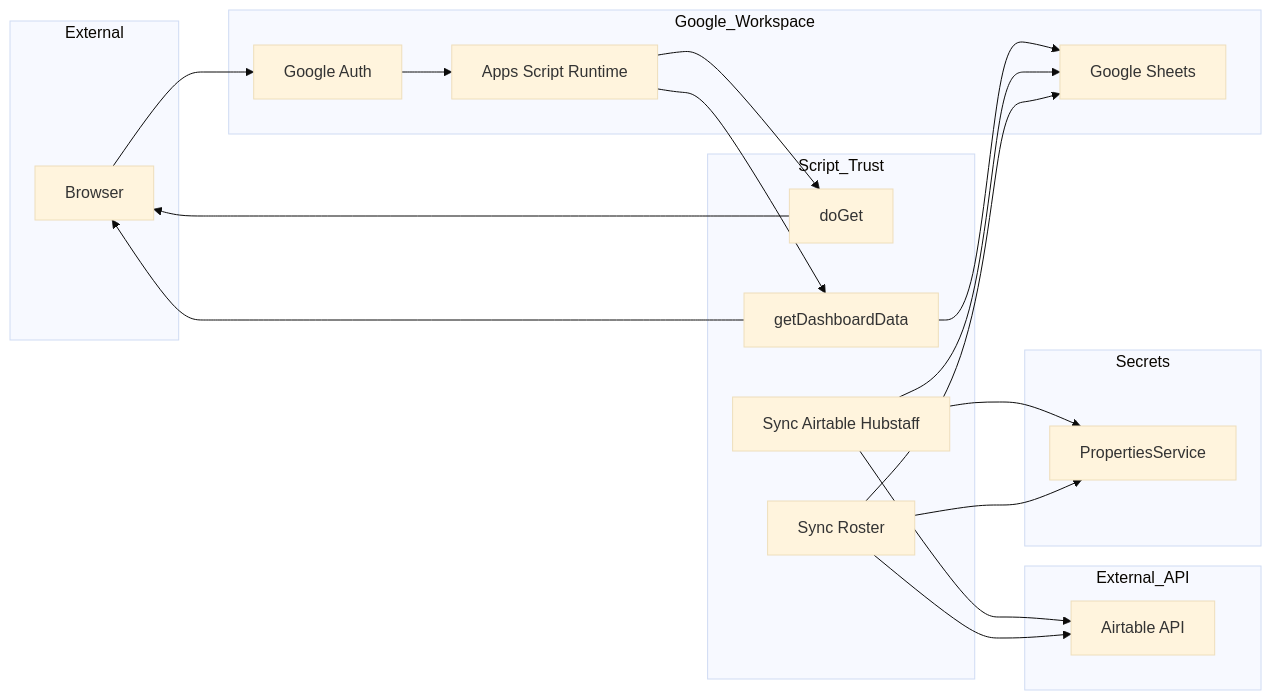
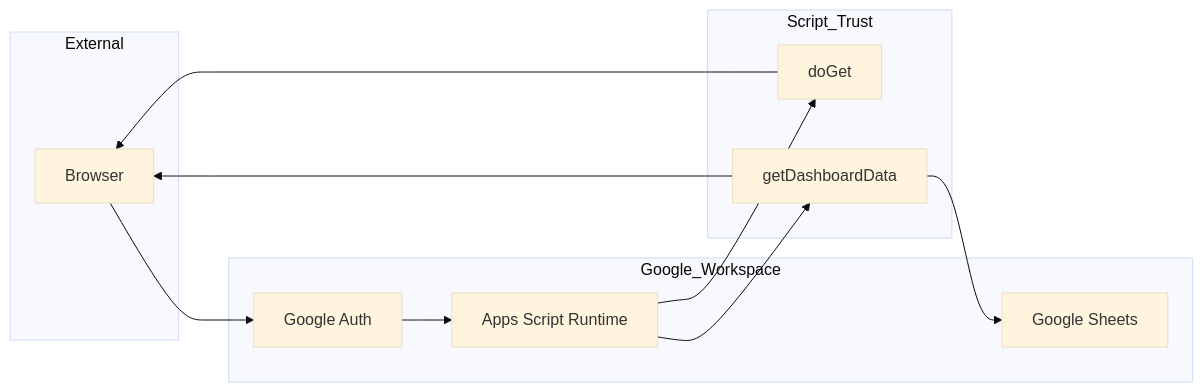
One commit to lydiahuang-dotcom/openai-incentive-dashboard changed the diagram in Security_Review.md. Above: the diagram before and after it, drawn with Mermaid (base theme). The commit also changed other lines of this file and 3 other files, not shown here.

````diff
--- a/Security_Review.md
+++ b/Security_Review.md
@@ -60,41 +57,25 @@
 ```mermaid
 flowchart LR
   subgraph External
     Browser[Browser]
   end
 
   subgraph Google_Workspace
     GAuth[Google Auth]
     GAS[Apps Script Runtime]
     Sheets[Google Sheets]
   end
 
   subgraph Script_Trust
     doGet[doGet]
     getDashboardData[getDashboardData]
-    SyncHub[Sync Airtable Hubstaff]
-    SyncRoster[Sync Roster]
-  end
-
-  subgraph External_API
-    Airtable[Airtable API]
-  end
-
-  subgraph Secrets
-    Props[PropertiesService]
   end
 
   Browser --> GAuth
   GAuth --> GAS
   GAS --> doGet
   GAS --> getDashboardData
   doGet --> Browser
   getDashboardData --> Sheets
   getDashboardData --> Browser
-  SyncHub --> Props
-  SyncRoster --> Props
-  SyncHub --> Airtable
-  SyncRoster --> Airtable
-  SyncHub --> Sheets
-  SyncRoster --> Sheets
 ```
````
